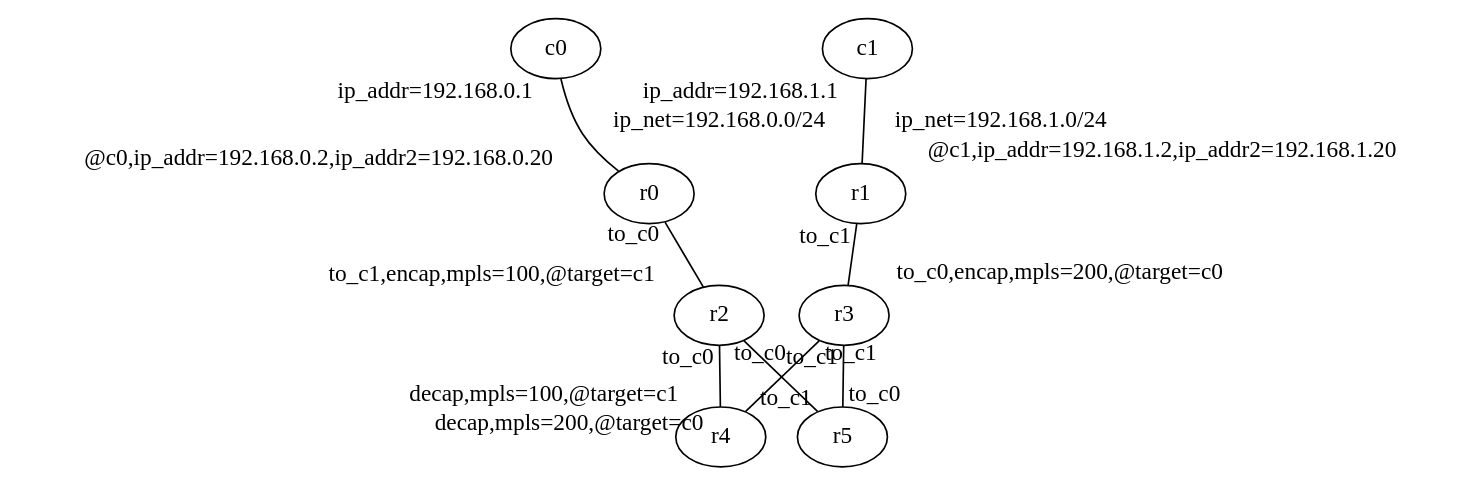
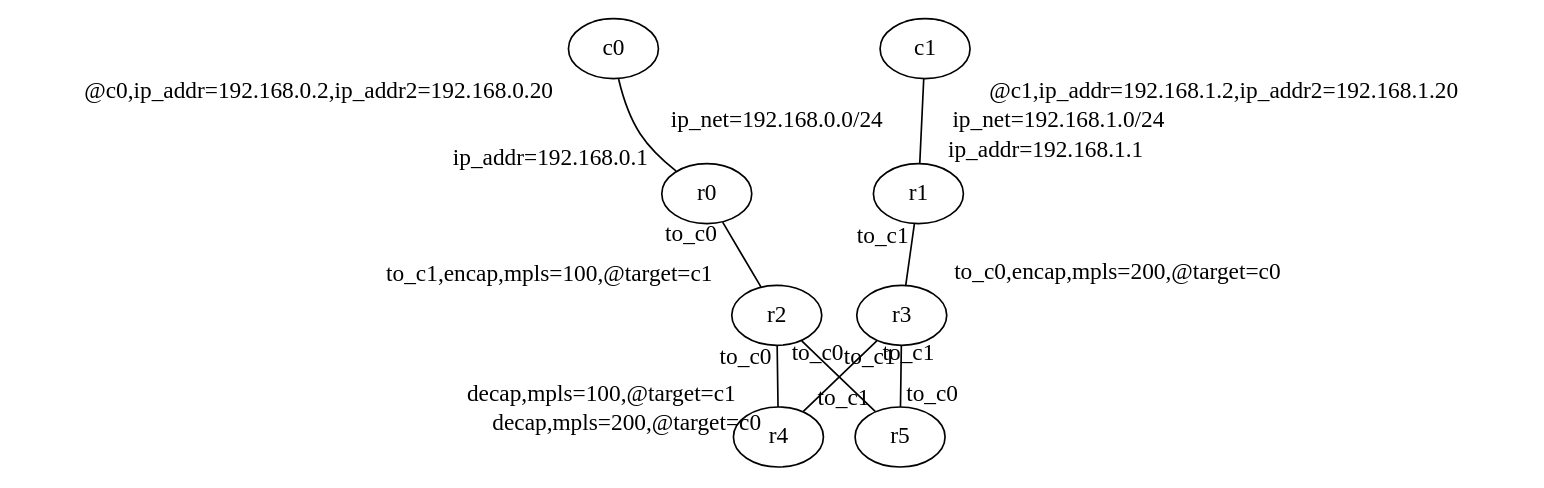
One commit to cpflat/dot2net changed the diagram in example/basic_mpls/mpls.dot. Above: the diagram before and after it, drawn with Graphviz. The commit also changed 26 other files, not shown here.

```diff
--- a/example/basic_mpls/mpls.dot
+++ b/example/basic_mpls/mpls.dot
@@ -1,21 +1,21 @@
 digraph  {
 
 	c0[class="server"];
 	c1[class="server"];
 	r0[class="router"];
 	r1[class="router"];
 	r2[class="router"];
 	r3[class="router"];
 	r4[class="router"];
 	r5[class="router"];
 
-	c0->r0[dir="none", label="ip_net=192.168.0.0/24", headlabel="@c0,ip_addr=192.168.0.2,ip_addr2=192.168.0.20", taillabel="ip_addr=192.168.0.1"];
-	c1->r1[dir="none", label="ip_net=192.168.1.0/24", headlabel="@c1,ip_addr=192.168.1.2,ip_addr2=192.168.1.20", taillabel="ip_addr=192.168.1.1"];
+	c0->r0[dir="none", label="ip_net=192.168.0.0/24", taillabel="@c0,ip_addr=192.168.0.2,ip_addr2=192.168.0.20", headlabel="ip_addr=192.168.0.1"];
+	c1->r1[dir="none", label="ip_net=192.168.1.0/24", taillabel="@c1,ip_addr=192.168.1.2,ip_addr2=192.168.1.20", headlabel="ip_addr=192.168.1.1"];
 	r0->r2[dir="none", headlabel="to_c1,encap,mpls=100,@target=c1", taillabel="to_c0"];
 	r1->r3[dir="none", headlabel="to_c0,encap,mpls=200,@target=c0", taillabel="to_c1"];
 	r2->r4[dir="none", headlabel="decap,mpls=100,@target=c1", taillabel="to_c0"];
 	r2->r5[dir="none", headlabel="to_c1", taillabel="to_c0"];
 	r3->r4[dir="none", headlabel="decap,mpls=200,@target=c0", taillabel="to_c1"];
 	r3->r5[dir="none", headlabel="to_c0", taillabel="to_c1"];
 
 }
```
